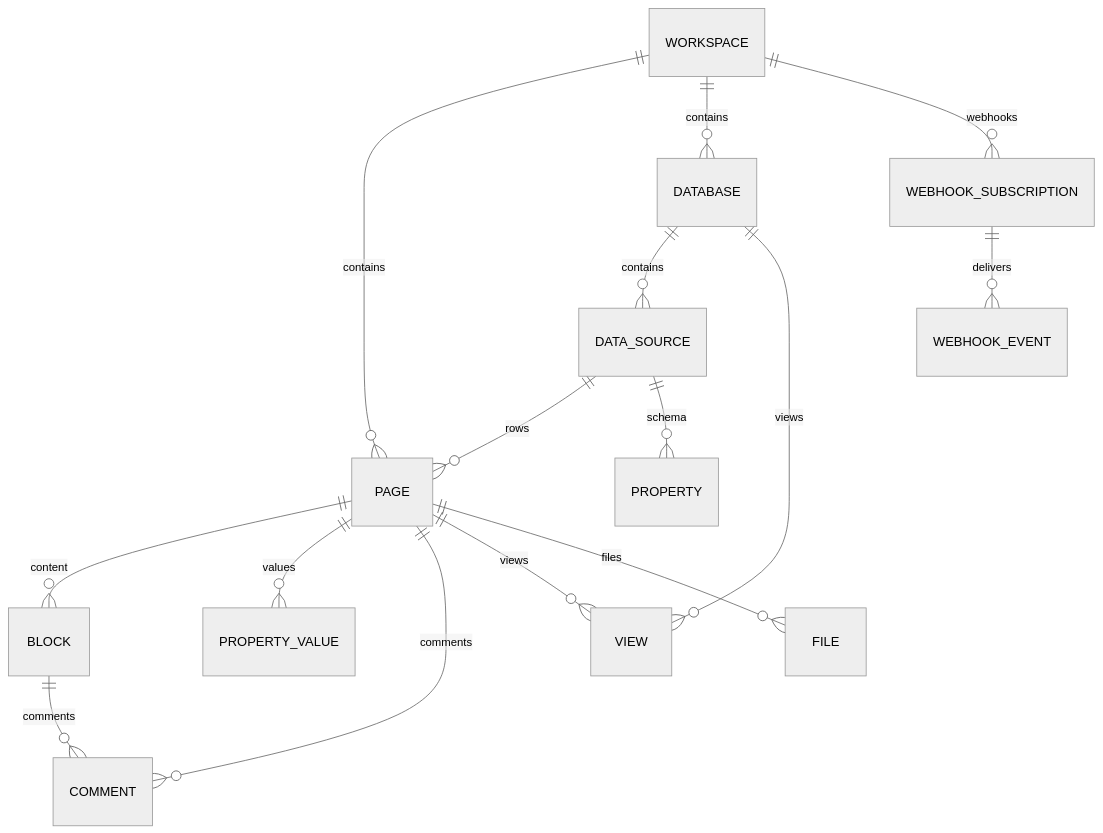
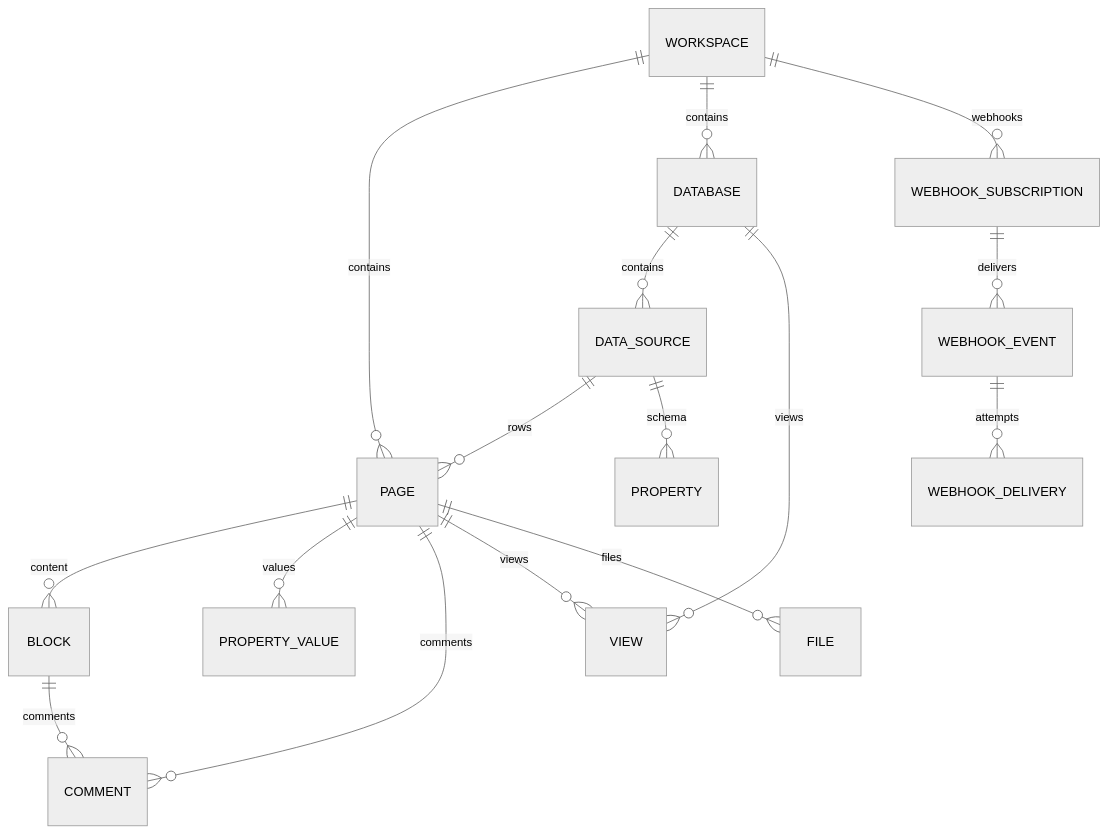
The fifth of 5 diagrams in docs/data-model.md (lunagcezar/ion-of-notes), drawn with Mermaid (neutral theme) before and after one commit. The commit also changed other lines of this file and 25 other files, not shown here.

Commit message:
spec-036: webhooks and event delivery

````diff
--- a/docs/data-model.md
+++ b/docs/data-model.md
@@ -254,17 +254,18 @@
 ```mermaid
 erDiagram
     WORKSPACE ||--o{ PAGE : contains
     WORKSPACE ||--o{ DATABASE : contains
     DATABASE ||--o{ DATA_SOURCE : contains
     DATA_SOURCE ||--o{ PAGE : rows
     DATA_SOURCE ||--o{ PROPERTY : schema
     PAGE ||--o{ BLOCK : content
     PAGE ||--o{ PROPERTY_VALUE : values
     PAGE ||--o{ COMMENT : comments
     BLOCK ||--o{ COMMENT : comments
     PAGE ||--o{ VIEW : views
     DATABASE ||--o{ VIEW : views
     PAGE ||--o{ FILE : files
     WORKSPACE ||--o{ WEBHOOK_SUBSCRIPTION : webhooks
     WEBHOOK_SUBSCRIPTION ||--o{ WEBHOOK_EVENT : delivers
+    WEBHOOK_EVENT ||--o{ WEBHOOK_DELIVERY : attempts
 ```
````
